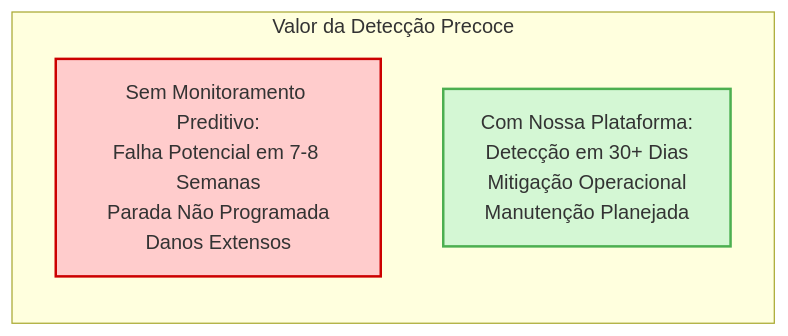
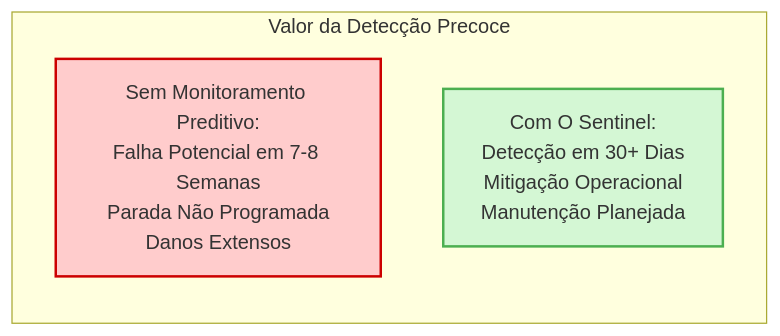
Before and after one commit to wonder-dmercadal/PublicReports: diagram 11 of 11 in Frade_TG2_Analysis.md, drawn with Mermaid. The commit also changed other lines of this file, not shown here.

````diff
--- a/Frade_TG2_Analysis.md
+++ b/Frade_TG2_Analysis.md
@@ -378,13 +358,13 @@
 ```mermaid
 graph LR
     subgraph "Valor da Detecção Precoce"
     A["Sem Monitoramento Preditivo:<br>Falha Potencial em 7-8 Semanas<br>Parada Não Programada<br>Danos Extensos"]
-    B["Com Nossa Plataforma:<br>Detecção em 30+ Dias<br>Mitigação Operacional<br>Manutenção Planejada"]
+    B["Com O Sentinel:<br>Detecção em 30+ Dias<br>Mitigação Operacional<br>Manutenção Planejada"]
     end
     
     classDef failure fill:#ffcccc,stroke:#cc0000,stroke-width:2px
     classDef success fill:#d4f7d4,stroke:#4CAF50,stroke-width:2px
     
     class A failure
     class B success
 ```
````
